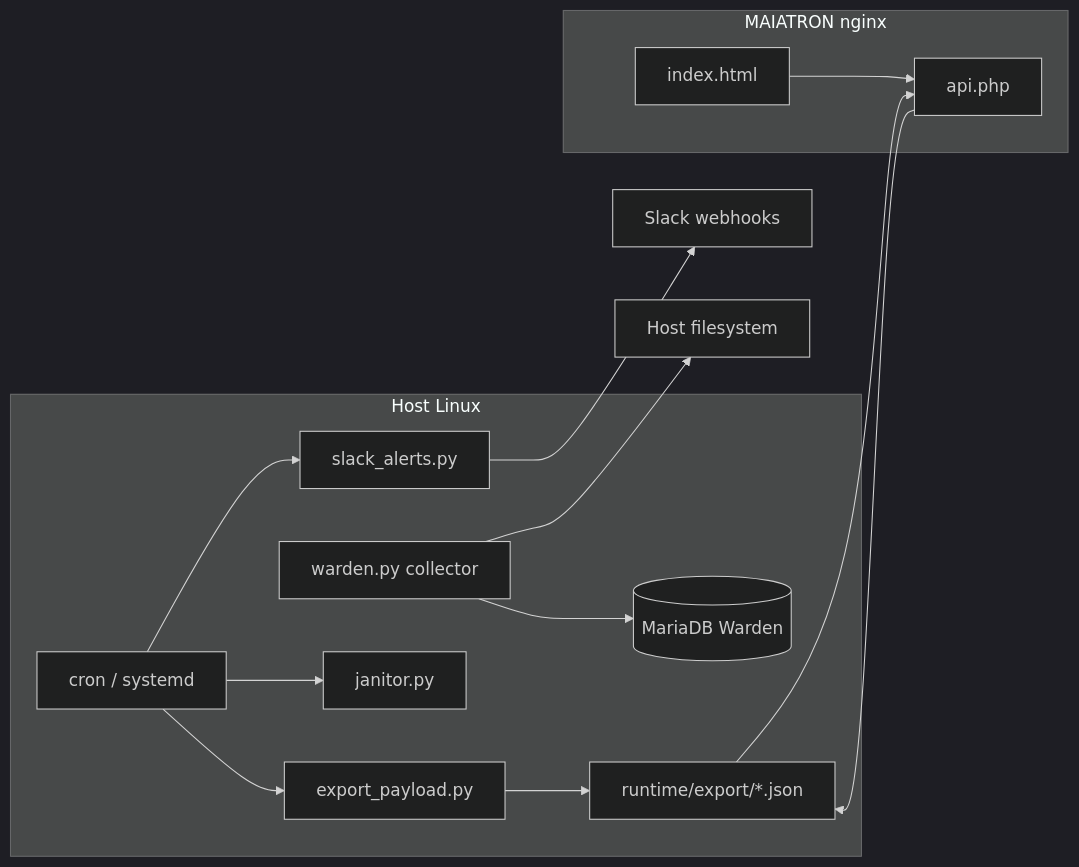
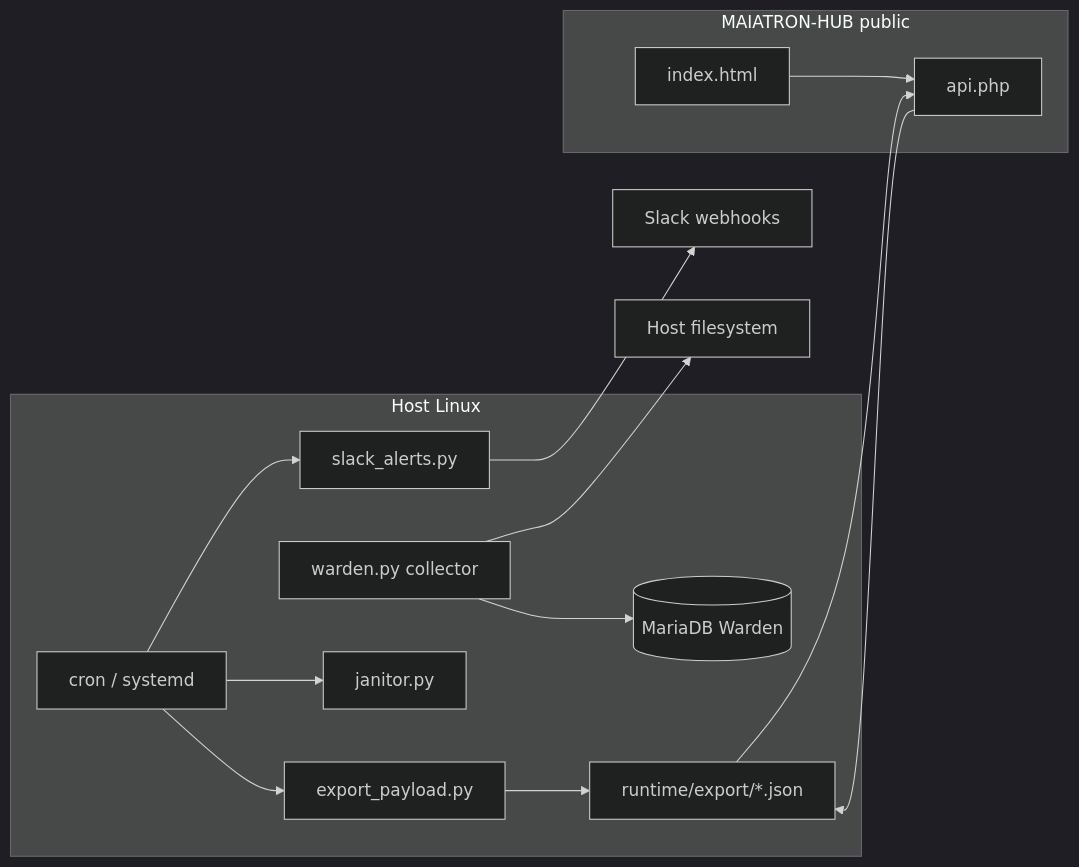
One commit to emanuwells/Warden changed the diagram in README.md. Above: the diagram before and after it, drawn with Mermaid (dark theme). The commit also changed other lines of this file and 26 other files, not shown here.

````diff
--- a/README.md
+++ b/README.md
@@ -35,24 +36,24 @@
 ```mermaid
 flowchart LR
   subgraph host [Host Linux]
     warden[warden.py collector]
     cron[cron / systemd]
     export[export_payload.py]
     janitor[janitor.py]
     slack[slack_alerts.py]
     warden --> dbW[(MariaDB Warden)]
     cron --> export
     cron --> janitor
     cron --> slack
     export --> snapshots[runtime/export/*.json]
   end
-  subgraph maiatron [MAIATRON nginx]
+  subgraph hub [MAIATRON-HUB public]
     api[api.php]
     ui[index.html]
     api --> snapshots
     ui --> api
   end
   snapshots --> api
   slack --> slackExt[Slack webhooks]
   warden --> monitor[Host filesystem]
 ```
````
